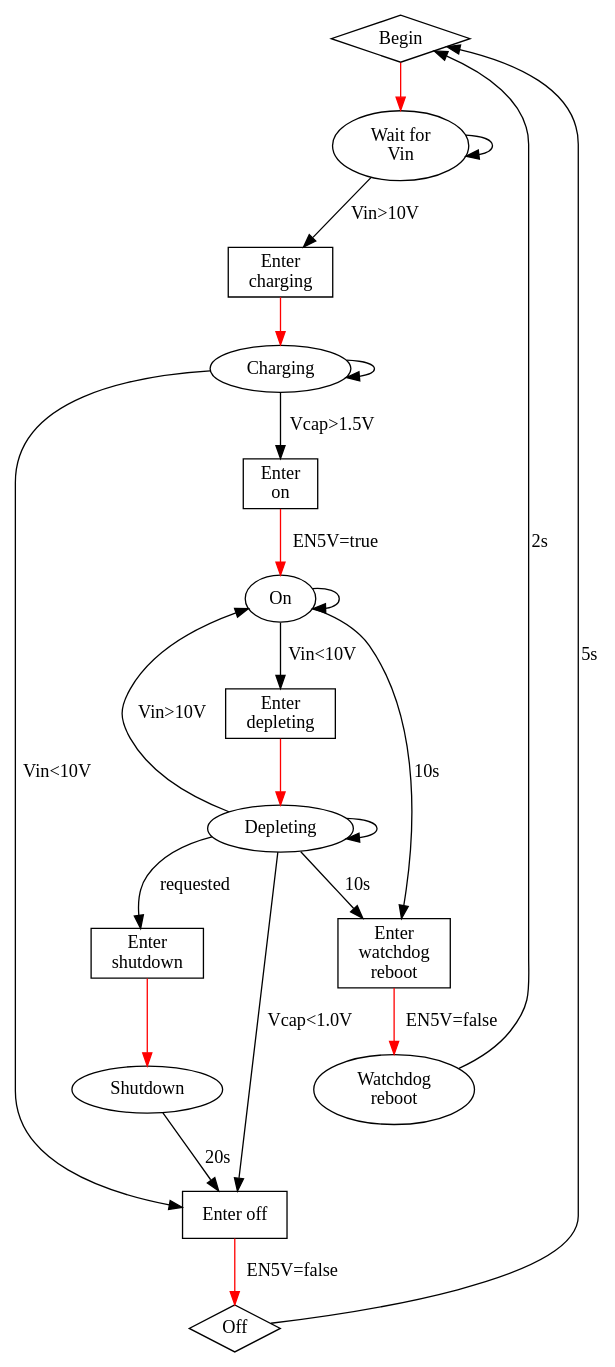
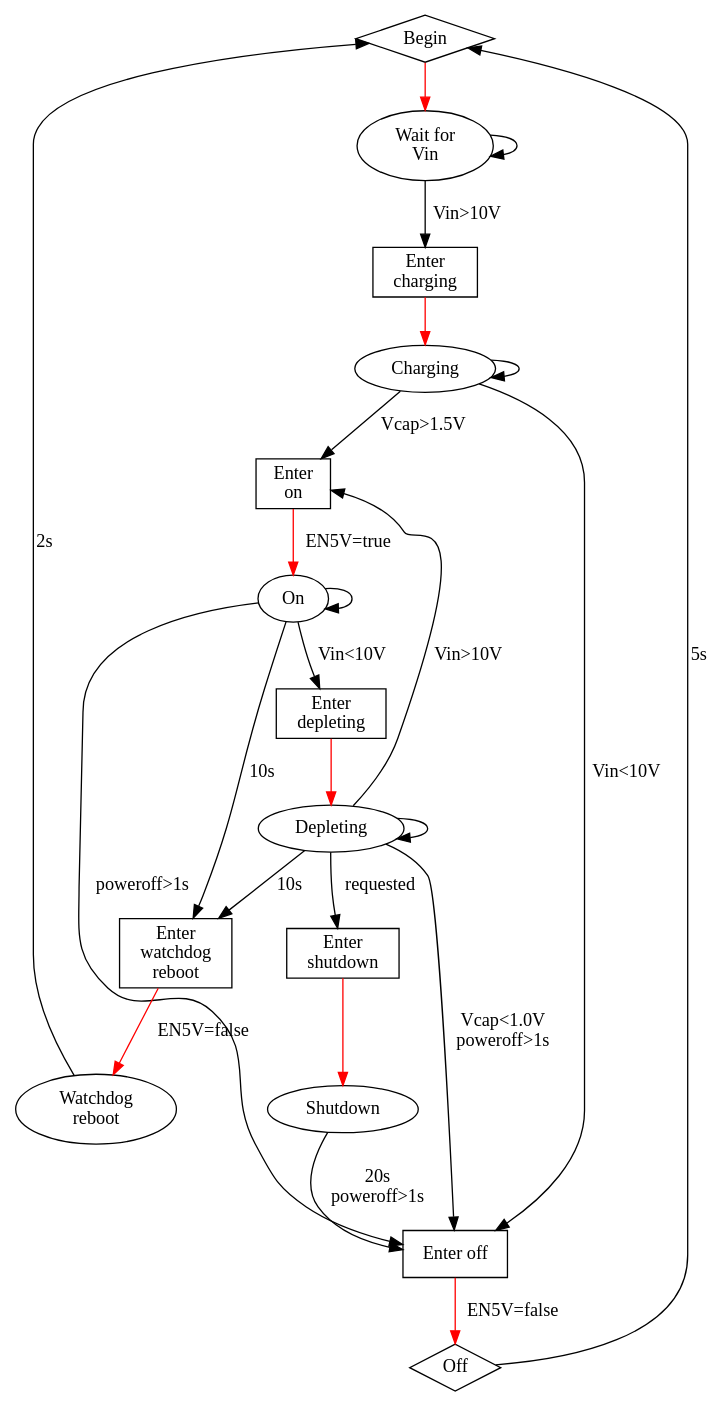
One commit to hatlabs/SH-RPi-firmware changed the diagram in state_machine.dot. Above: the diagram before and after it, drawn with Graphviz. The commit also changed 3 other files, not shown here.

```diff
--- a/state_machine.dot
+++ b/state_machine.dot
@@ -1,40 +1,41 @@
 digraph G {
 begin [label="Begin",shape=diamond];
 wait_vin_on [label="Wait for\nVin"];
 ent_CHARGING [label="Enter\ncharging",shape=box];
 CHARGING [label="Charging"];
 ent_ON [label="Enter\non",shape=box];
 ON [label="On"];
 ent_DEPLETING [label="Enter\ndepleting",shape=box];
 DEPLETING [label="Depleting"];
 ent_shutdown [label="Enter\nshutdown",shape=box];
 shutdown [label="Shutdown"];
 ent_watchdog_reboot [label="Enter\nwatchdog\nreboot",shape=box];
 watchdog_reboot [label="Watchdog\nreboot"];
-ent_off [label="Enter off",shape=box];
-off [label="Off",shape=diamond];
+ent_OFF [label="Enter off",shape=box];
+OFF [label="Off",shape=diamond];
 
 begin -> wait_vin_on [color="red",weight=8];
 wait_vin_on -> wait_vin_on;
 wait_vin_on -> ent_CHARGING [label="Vin>10V"];
 ent_CHARGING -> CHARGING [color="red",weight=8];
 CHARGING -> CHARGING;
 CHARGING -> ent_ON [label="Vcap>1.5V"];
-CHARGING -> ent_off [label="Vin<10V"];
+CHARGING -> ent_OFF [label="Vin<10V"];
 ent_ON -> ON [color="red",label="EN5V=true",weight=8];
 ON -> ON;
 ON -> ent_watchdog_reboot [label="10s"];
 ON -> ent_DEPLETING [label="Vin<10V"];
+ON -> ent_OFF [label="poweroff>1s"];
 ent_DEPLETING -> DEPLETING [color="red",weight=8];
 DEPLETING -> DEPLETING;
 DEPLETING -> ent_watchdog_reboot [label="10s"];
 DEPLETING -> ent_shutdown [label="requested"];
-DEPLETING -> ON [label="Vin>10V"];
-DEPLETING -> ent_off [label="Vcap<1.0V"];
+DEPLETING -> ent_ON [label="Vin>10V"];
+DEPLETING -> ent_OFF [label="Vcap<1.0V\npoweroff>1s"];
 ent_shutdown -> shutdown [color="red",weight=8];
-shutdown -> ent_off [label="20s"];
-ent_off -> off [color="red",label="EN5V=false",weight=8];
-off -> begin [label="5s"];
+shutdown -> ent_OFF [label="20s\npoweroff>1s"];
+ent_OFF -> OFF [color="red",label="EN5V=false",weight=8];
+OFF -> begin [label="5s"];
 ent_watchdog_reboot -> watchdog_reboot [color="red",label="EN5V=false",weight=8];
 watchdog_reboot -> begin [label="2s"];
 }
```
